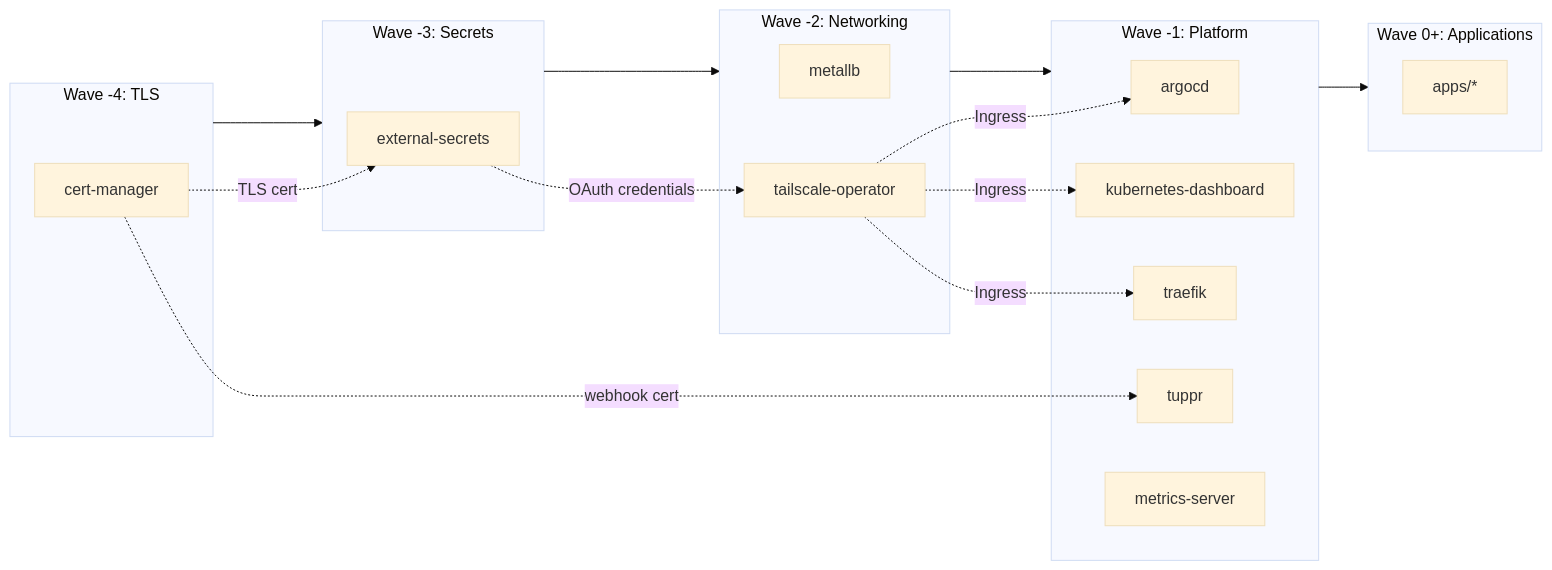
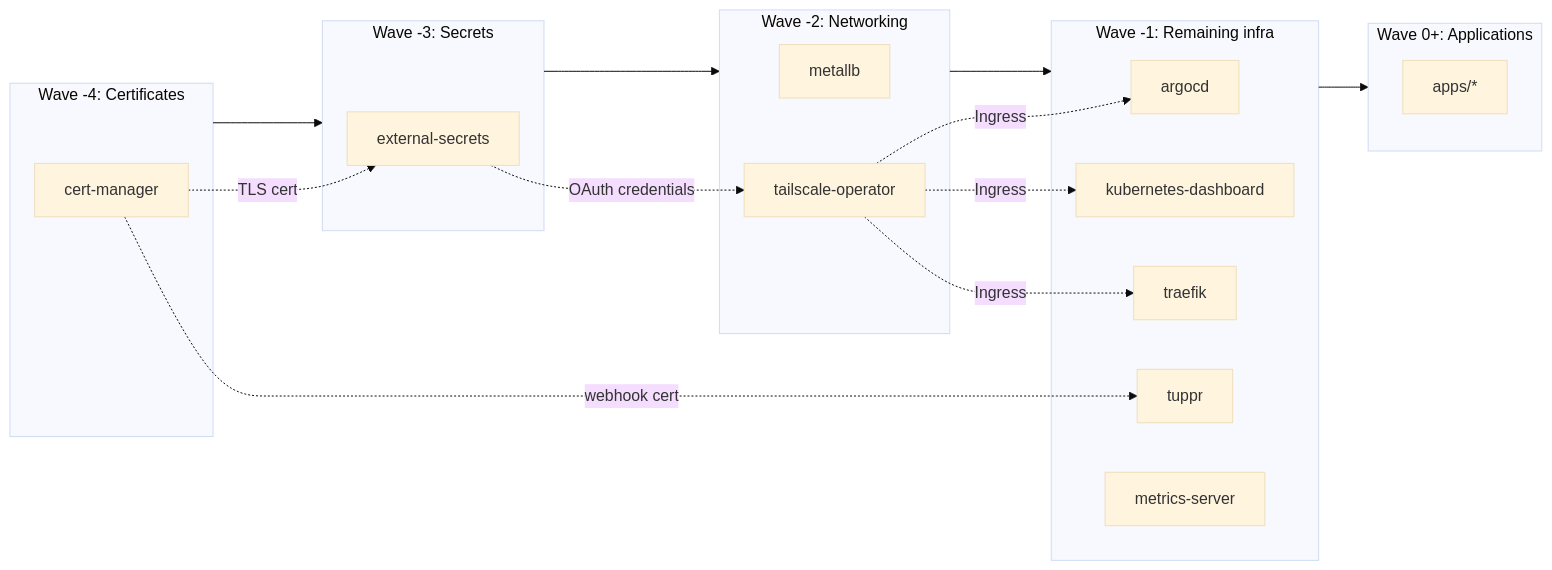
One commit to bafulton/homelab changed the diagram in kubernetes/README.md. Above: the diagram before and after it, drawn with Mermaid (base theme). The commit also changed other lines of this file, not shown here.

````diff
--- a/kubernetes/README.md
+++ b/kubernetes/README.md
@@ -28,35 +28,35 @@
 ```mermaid
 flowchart LR
-    subgraph wave4[Wave -4: TLS]
+    subgraph wave4[Wave -4: Certificates]
         cm[cert-manager]
     end
 
     subgraph wave3[Wave -3: Secrets]
         es[external-secrets]
     end
 
     subgraph wave2[Wave -2: Networking]
         mlb[metallb]
         ts[tailscale-operator]
     end
 
-    subgraph wave1[Wave -1: Platform]
+    subgraph wave1[Wave -1: Remaining infra]
         argo[argocd]
         kd[kubernetes-dashboard]
         tf[traefik]
         tuppr[tuppr]
         ms[metrics-server]
     end
 
     subgraph wave0[Wave 0+: Applications]
         apps[apps/*]
     end
 
     wave4 --> wave3 --> wave2 --> wave1 --> wave0
     cm -.->|TLS cert| es
     cm -.->|webhook cert| tuppr
     es -.->|OAuth credentials| ts
     ts -.->|Ingress| argo
     ts -.->|Ingress| kd
     ts -.->|Ingress| tf
 ```
````
